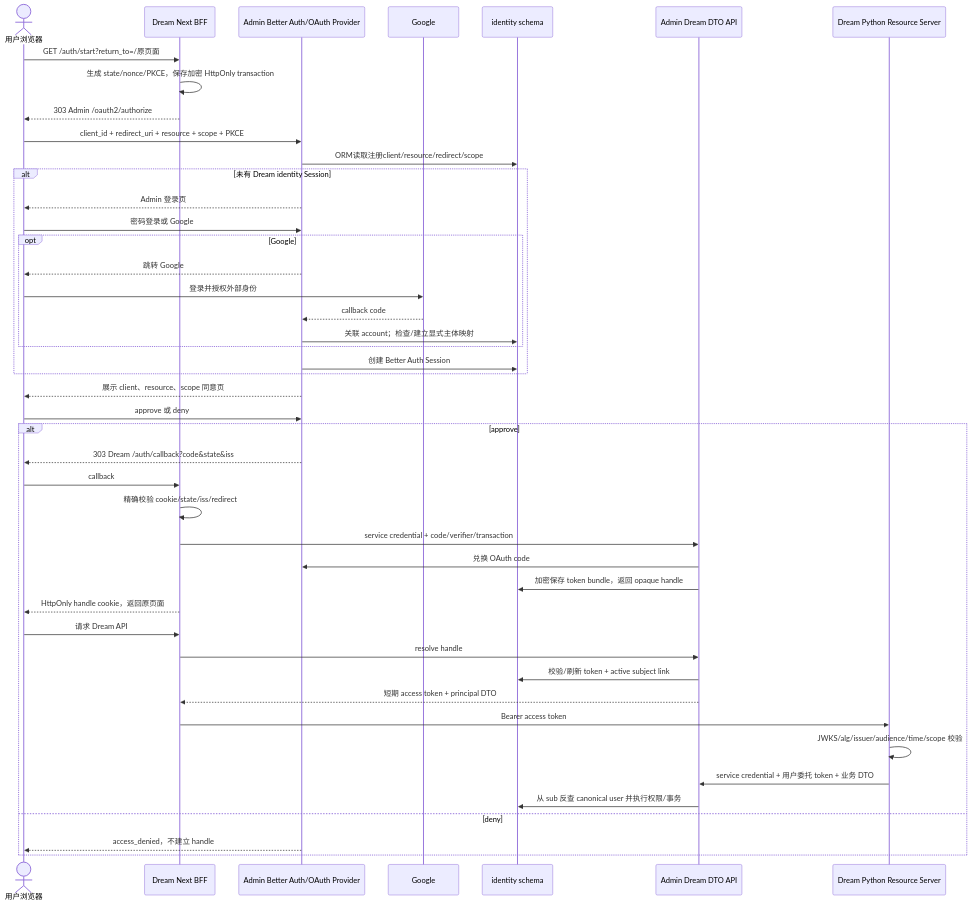
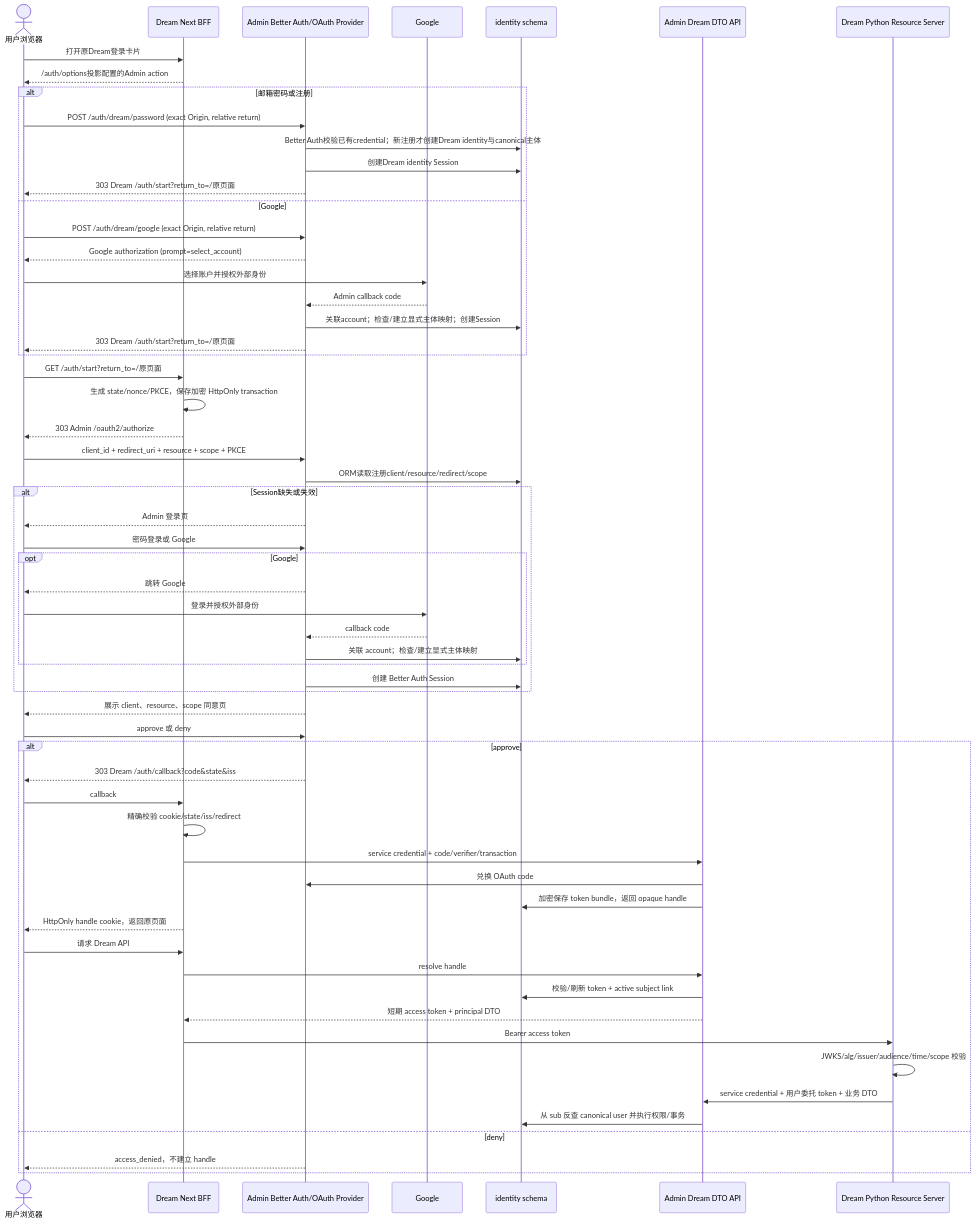
Before and after one commit to glide-the/im-dream: the third of 5 diagrams in docs/architecture/auth-identity-er-and-flows.md, drawn with Mermaid. The commit also changed other lines of this file and 13 other files, not shown here.

Commit message:
feat(auth): restore Dream login card

````diff
--- a/docs/architecture/auth-identity-er-and-flows.md
+++ b/docs/architecture/auth-identity-er-and-flows.md
@@ -240,48 +242,63 @@
 ```mermaid
 sequenceDiagram
     actor U as 用户浏览器
     participant B as Dream Next BFF
     participant A as Admin Better Auth/OAuth Provider
     participant G as Google
     participant I as identity schema
     participant D as Admin Dream DTO API
     participant P as Dream Python Resource Server
 
+    U->>B: 打开原Dream登录卡片
+    B-->>U: /auth/options投影配置的Admin action
+    alt 邮箱密码或注册
+      U->>A: POST /auth/dream/password (exact Origin, relative return)
+      A->>I: Better Auth校验已有credential；新注册才创建Dream identity与canonical主体
+      A->>I: 创建Dream identity Session
+      A-->>U: 303 Dream /auth/start?return_to=/原页面
+    else Google
+      U->>A: POST /auth/dream/google (exact Origin, relative return)
+      A-->>U: Google authorization (prompt=select_account)
+      U->>G: 选择账户并授权外部身份
+      G-->>A: Admin callback code
+      A->>I: 关联account；检查/建立显式主体映射；创建Session
+      A-->>U: 303 Dream /auth/start?return_to=/原页面
+    end
     U->>B: GET /auth/start?return_to=/原页面
     B->>B: 生成 state/nonce/PKCE，保存加密 HttpOnly transaction
     B-->>U: 303 Admin /oauth2/authorize
     U->>A: client_id + redirect_uri + resource + scope + PKCE
     A->>I: ORM读取注册client/resource/redirect/scope
-    alt 未有 Dream identity Session
+    alt Session缺失或失效
       A-->>U: Admin 登录页
       U->>A: 密码登录或 Google
       opt Google
         A-->>U: 跳转 Google
         U->>G: 登录并授权外部身份
         G-->>A: callback code
         A->>I: 关联 account；检查/建立显式主体映射
       end
       A->>I: 创建 Better Auth Session
     end
     A-->>U: 展示 client、resource、scope 同意页
     U->>A: approve 或 deny
     alt approve
       A-->>U: 303 Dream /auth/callback?code&state&iss
       U->>B: callback
       B->>B: 精确校验 cookie/state/iss/redirect
       B->>D: service credential + code/verifier/transaction
       D->>A: 兑换 OAuth code
       D->>I: 加密保存 token bundle，返回 opaque handle
       B-->>U: HttpOnly handle cookie，返回原页面
       U->>B: 请求 Dream API
       B->>D: resolve handle
       D->>I: 校验/刷新 token + active subject link
       D-->>B: 短期 access token + principal DTO
       B->>P: Bearer access token
       P->>P: JWKS/alg/issuer/audience/time/scope 校验
       P->>D: service credential + 用户委托 token + 业务 DTO
       D->>I: 从 sub 反查 canonical user 并执行权限/事务
     else deny
       A-->>U: access_denied，不建立 handle
     end
 ```
````
